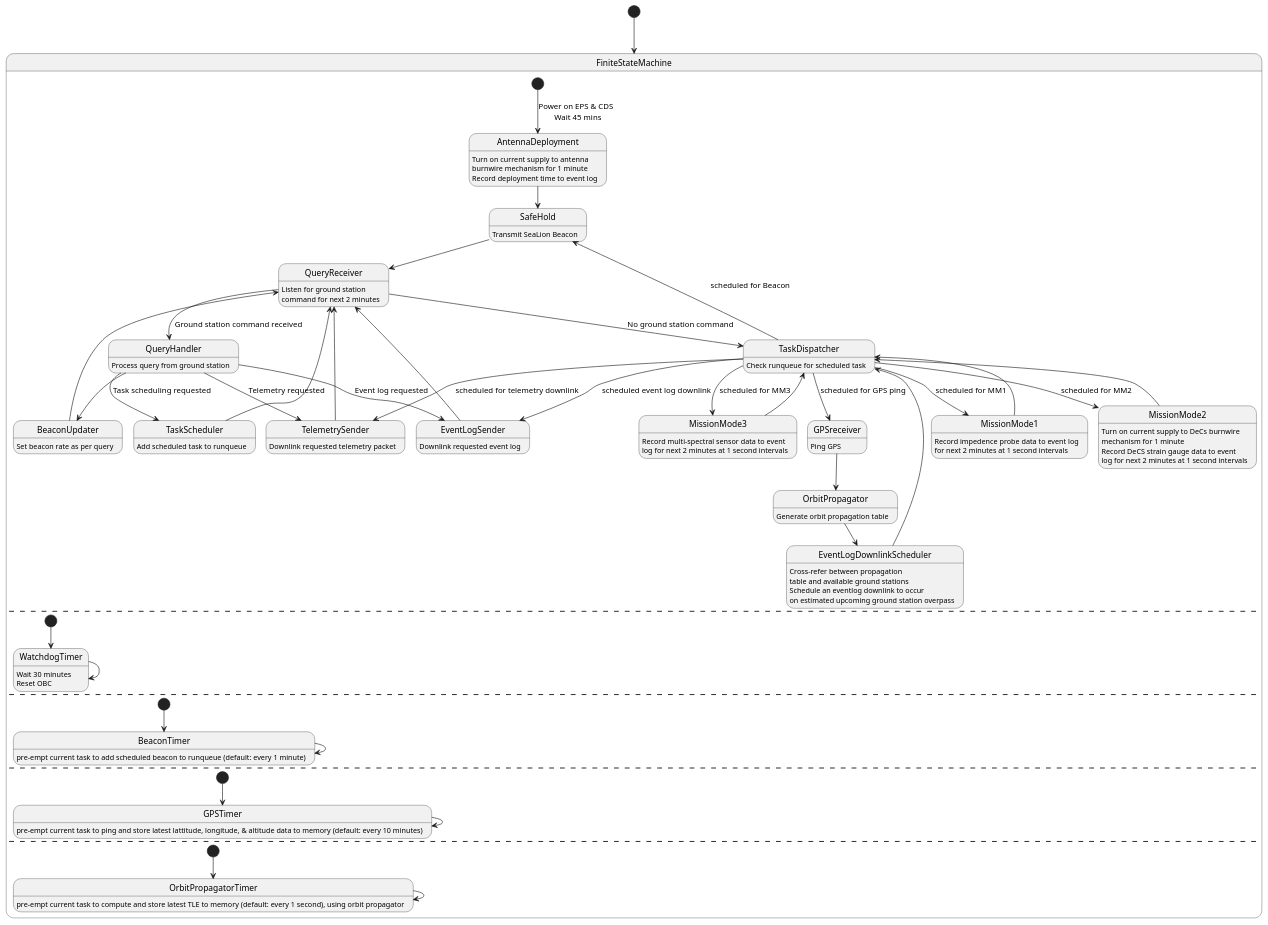
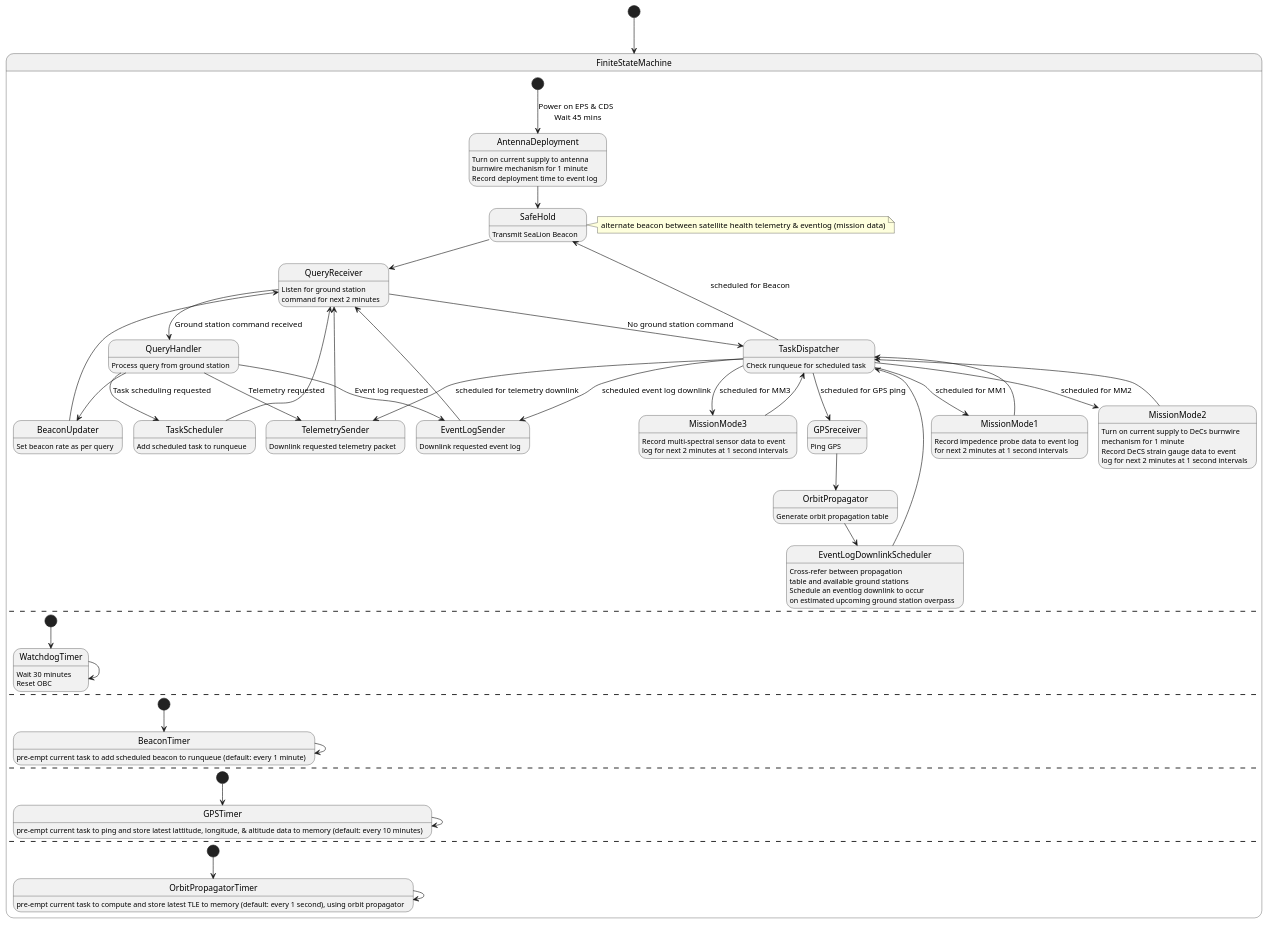
One commit to ODU-CGA-CubeSat/FSW changed the diagram in fsw-architecture/operating-mode-as-fsm.puml. Above: the diagram before and after it, drawn with PlantUML.

Commit message:
add note on SafeHold
add note about alternating between satellite health & eventlog (mission data) on SafeHold

```diff
--- a/fsw-architecture/operating-mode-as-fsm.puml
+++ b/fsw-architecture/operating-mode-as-fsm.puml
@@ -1,95 +1,96 @@
 @startuml
 
 [*] --> FiniteStateMachine
 state FiniteStateMachine {
       state AntennaDeployment
             AntennaDeployment : Turn on current supply to antenna
             AntennaDeployment : burnwire mechanism for 1 minute
             AntennaDeployment : Record deployment time to event log
       state SafeHold
             SafeHold : Transmit SeaLion Beacon
+      note right of SafeHold : alternate beacon between satellite health telemetry & eventlog (mission data)
       state QueryReceiver
             QueryReceiver : Listen for ground station
             QueryReceiver : command for next 2 minutes
       state TelemetrySender
             TelemetrySender : Downlink requested telemetry packet
       state EventLogSender
             EventLogSender : Downlink requested event log
       state BeaconUpdater
             BeaconUpdater : Set beacon rate as per query
       state MissionMode1
             MissionMode1 : Record impedence probe data to event log
             MissionMode1 : for next 2 minutes at 1 second intervals
       state MissionMode2
             MissionMode2 : Turn on current supply to DeCs burnwire
             MissionMode2 : mechanism for 1 minute
             MissionMode2 : Record DeCS strain gauge data to event
             MissionMode2 : log for next 2 minutes at 1 second intervals
       state MissionMode3
             MissionMode3 : Record multi-spectral sensor data to event
             MissionMode3 : log for next 2 minutes at 1 second intervals
       state TaskDispatcher
             TaskDispatcher : Check runqueue for scheduled task
       state OrbitPropagator
             OrbitPropagator : Generate orbit propagation table
       state EventLogDownlinkScheduler
             EventLogDownlinkScheduler : Cross-refer between propagation
             EventLogDownlinkScheduler : table and available ground stations
             EventLogDownlinkScheduler : Schedule an eventlog downlink to occur
             EventLogDownlinkScheduler : on estimated upcoming ground station overpass
       state GPSreceiver
             GPSreceiver : Ping GPS
       state QueryHandler
             QueryHandler : Process query from ground station
       state TaskScheduler
             TaskScheduler : Add scheduled task to runqueue
 
       [*] --> AntennaDeployment : Power on EPS & CDS \n Wait 45 mins
       AntennaDeployment --> SafeHold
       SafeHold --> QueryReceiver
       QueryReceiver --> QueryHandler : Ground station command received
       QueryHandler --> TelemetrySender : Telemetry requested
       QueryHandler --> EventLogSender : Event log requested
       QueryHandler --> TaskScheduler : Task scheduling requested
       QueryHandler --> BeaconUpdater
       BeaconUpdater --> QueryReceiver
       TelemetrySender --> QueryReceiver
       EventLogSender --> QueryReceiver
       TaskScheduler --> QueryReceiver
       GPSreceiver --> OrbitPropagator
       OrbitPropagator --> EventLogDownlinkScheduler
       EventLogDownlinkScheduler --> TaskDispatcher
       QueryReceiver --> TaskDispatcher : No ground station command
       TaskDispatcher --> MissionMode1 : scheduled for MM1
       TaskDispatcher --> MissionMode2 : scheduled for MM2
       TaskDispatcher --> MissionMode3 : scheduled for MM3
       TaskDispatcher --> EventLogSender : scheduled event log downlink
       TaskDispatcher --> TelemetrySender : scheduled for telemetry downlink
       TaskDispatcher --> GPSreceiver : scheduled for GPS ping
       TaskDispatcher --> SafeHold : scheduled for Beacon
       MissionMode1 --> TaskDispatcher
       MissionMode2 --> TaskDispatcher
       MissionMode3 --> TaskDispatcher
       --
       state WatchdogTimer
             WatchdogTimer : Wait 30 minutes
             WatchdogTimer : Reset OBC
       [*] --> WatchdogTimer
       WatchdogTimer --> WatchdogTimer
       --
       state BeaconTimer
             BeaconTimer : pre-empt current task to add scheduled beacon to runqueue (default: every 1 minute)
       [*] --> BeaconTimer
       BeaconTimer --> BeaconTimer
       --
       state GPSTimer
             GPSTimer : pre-empt current task to ping and store latest lattitude, longitude, & altitude data to memory (default: every 10 minutes)
       [*] --> GPSTimer
       GPSTimer --> GPSTimer
       --
       state OrbitPropagatorTimer
             OrbitPropagatorTimer : pre-empt current task to compute and store latest TLE to memory (default: every 1 second), using orbit propagator
       [*] --> OrbitPropagatorTimer
       OrbitPropagatorTimer --> OrbitPropagatorTimer
 }
 @enduml
```
